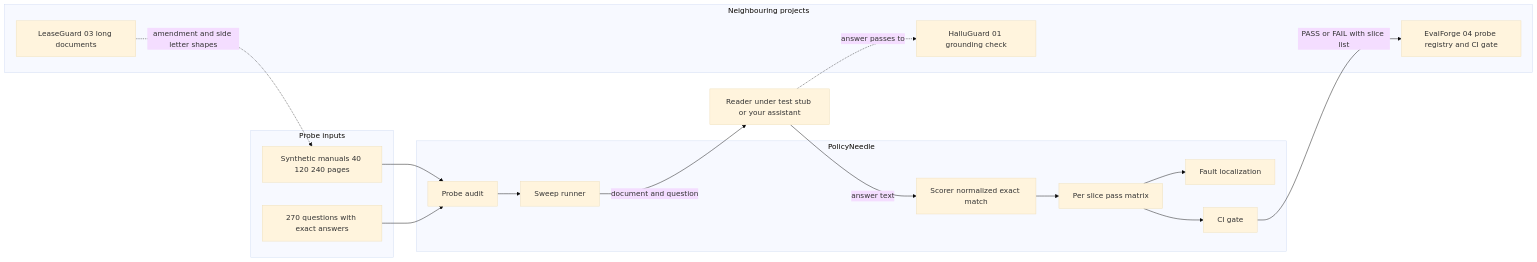
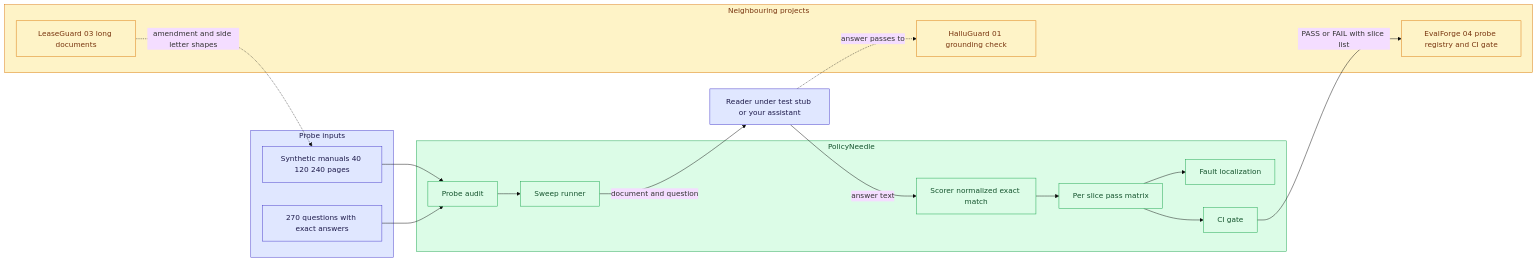
One commit to Vj-shipped-anyway/ai-pm-portfolio changed the first of 2 diagrams in 14-policyneedle-long-context-fidelity/README.md. Above: the diagram before and after it, drawn with Mermaid (base theme). The commit also changed 3 other files, not shown here.

First line of the commit message:
PolicyNeedle (long-context fidelity probes): restyle the app and demo to match HalluGuard, color the system diagram

````diff
--- a/14-policyneedle-long-context-fidelity/README.md
+++ b/14-policyneedle-long-context-fidelity/README.md
@@ -436,36 +436,43 @@
 ```mermaid
 flowchart LR
     subgraph INPUTS["Probe inputs"]
         MAN["Synthetic manuals 40 120 240 pages"]
         QS["270 questions with exact answers"]
     end
 
     subgraph NEEDLE["PolicyNeedle"]
         AUDIT["Probe audit"]
         RUN["Sweep runner"]
         SCORE["Scorer normalized exact match"]
         MATRIX["Per slice pass matrix"]
         LOC["Fault localization"]
         GATE["CI gate"]
     end
 
     READER["Reader under test stub or your assistant"]
 
     subgraph NEIGHBOURS["Neighbouring projects"]
         EF["EvalForge 04 probe registry and CI gate"]
         HG["HalluGuard 01 grounding check"]
         LG["LeaseGuard 03 long documents"]
     end
 
     MAN --> AUDIT
     QS --> AUDIT
     AUDIT --> RUN
     RUN -->|document and question| READER
     READER -->|answer text| SCORE
     SCORE --> MATRIX
     MATRIX --> LOC
     MATRIX --> GATE
     GATE -->|PASS or FAIL with slice list| EF
     LG -.->|amendment and side letter shapes| MAN
     READER -.->|answer passes to| HG
+
+    classDef existing fill:#e0e7ff,stroke:#4338ca,color:#1e1b4b
+    classDef new fill:#dcfce7,stroke:#16a34a,color:#14532d
+    classDef nbr fill:#fef3c7,stroke:#d97706,color:#78350f
+    class INPUTS,MAN,QS,READER existing
+    class NEEDLE,AUDIT,RUN,SCORE,MATRIX,LOC,GATE new
+    class NEIGHBOURS,EF,HG,LG nbr
 ```
````
